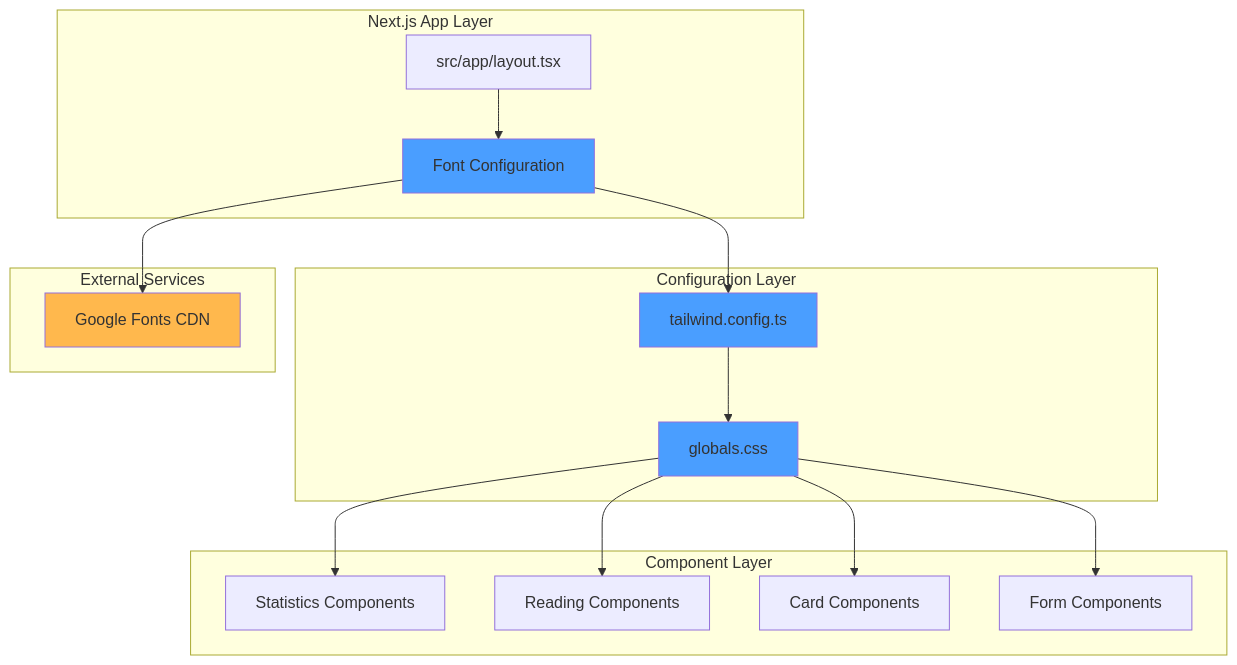
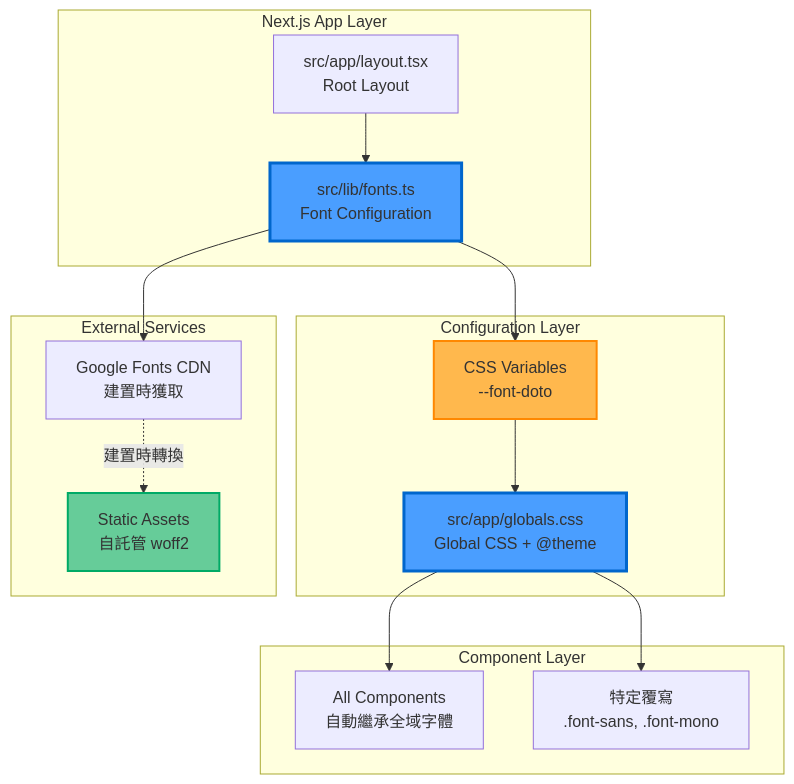
The first of 3 diagrams in .kiro/specs/doto-font-numbers/design.md (huan5678/wasteland-tarot-app), drawn with Mermaid before and after one commit. The commit also changed other lines of this file and 145 other files, not shown here.

````diff
--- a/.kiro/specs/doto-font-numbers/design.md
+++ b/.kiro/specs/doto-font-numbers/design.md
@@ -62,37 +78,35 @@
 ```mermaid
 graph TB
     subgraph "Next.js App Layer"
-        A[src/app/layout.tsx]
-        B[Font Configuration]
+        A[src/app/layout.tsx<br/>Root Layout]
+        B[src/lib/fonts.ts<br/>Font Configuration]
     end
 
     subgraph "Configuration Layer"
-        C[tailwind.config.ts]
-        D[globals.css]
+        C[src/app/globals.css<br/>Global CSS + @theme]
+        D[CSS Variables<br/>--font-doto]
     end
 
     subgraph "Component Layer"
-        E[Statistics Components]
-        F[Reading Components]
-        G[Card Components]
-        H[Form Components]
+        E[All Components<br/>自動繼承全域字體]
+        F[特定覆寫<br/>.font-sans, .font-mono]
     end
 
     subgraph "External Services"
-        I[Google Fonts CDN]
+        G[Google Fonts CDN<br/>建置時獲取]
+        H[Static Assets<br/>自託管 woff2]
     end
 
     A --> B
-    B --> I
-    B --> C
-    C --> D
-    D --> E
-    D --> F
-    D --> G
-    D --> H
+    B --> G
+    G -.建置時轉換.-> H
+    B --> D
+    D --> C
+    C --> E
+    C --> F
 
-    style B fill:#4a9eff
-    style C fill:#4a9eff
-    style D fill:#4a9eff
-    style I fill:#ffb84d
+    style B fill:#4a9eff,stroke:#0066cc,stroke-width:3px
+    style C fill:#4a9eff,stroke:#0066cc,stroke-width:3px
+    style D fill:#ffb84d,stroke:#ff8800,stroke-width:2px
+    style H fill:#66cc99,stroke:#00aa66,stroke-width:2px
 ```
````
